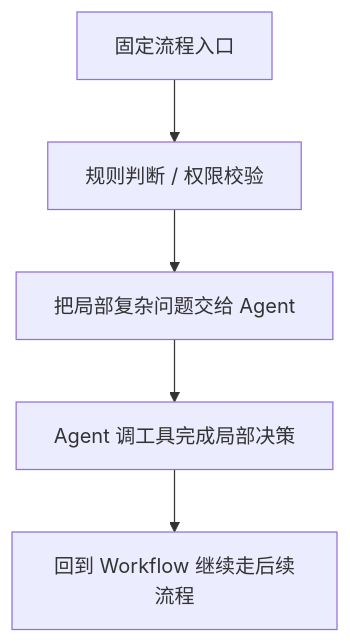
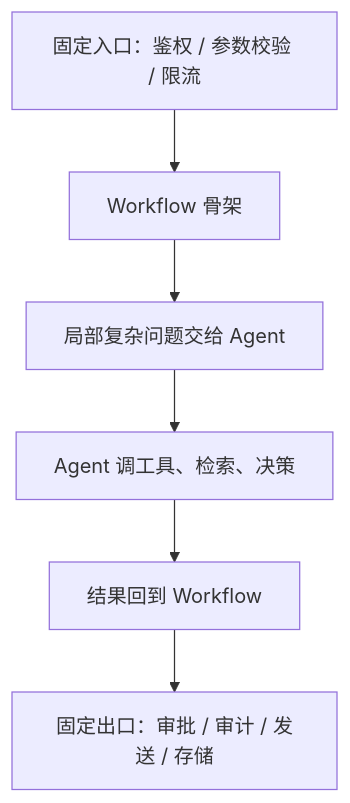
The diagram in AI Agent/05_Workflow 与 Agent：边界、权衡与混合架构.md (qxq1997/learning_stuff), drawn with Mermaid before and after one commit. The commit also changed other lines of this file and 6 other files, not shown here.

````diff
--- a/AI Agent/05_Workflow 与 Agent：边界、权衡与混合架构.md
+++ b/AI Agent/05_Workflow 与 Agent：边界、权衡与混合架构.md
@@ -130,7 +210,8 @@
 ```mermaid
 flowchart TD
-    A["固定流程入口"] --> B["规则判断 / 权限校验"]
-    B --> C["把局部复杂问题交给 Agent"]
-    C --> D["Agent 调工具完成局部决策"]
-    D --> E["回到 Workflow 继续走后续流程"]
+    A["固定入口：鉴权 / 参数校验 / 限流"] --> B["Workflow 骨架"]
+    B --> C["局部复杂问题交给 Agent"]
+    C --> D["Agent 调工具、检索、决策"]
+    D --> E["结果回到 Workflow"]
+    E --> F["固定出口：审批 / 审计 / 发送 / 存储"]
 ```
````
